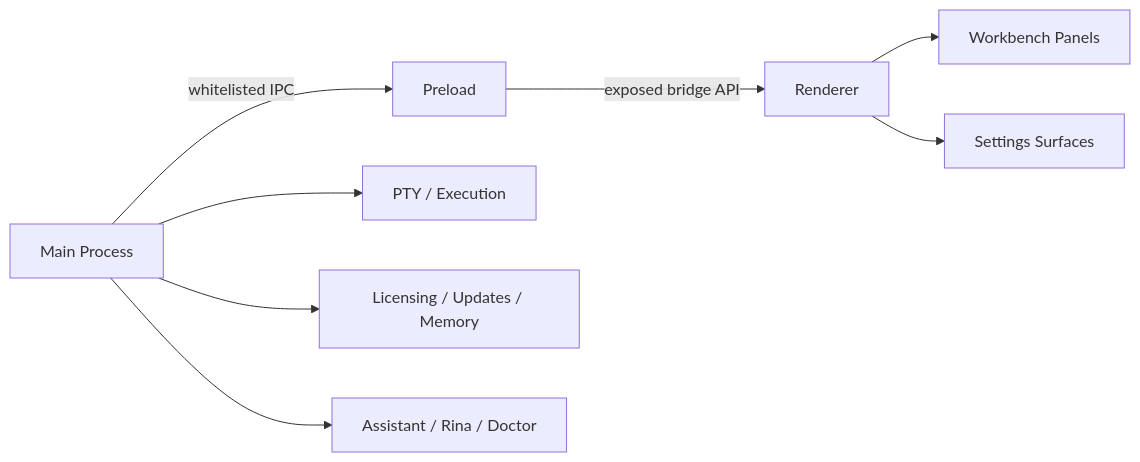
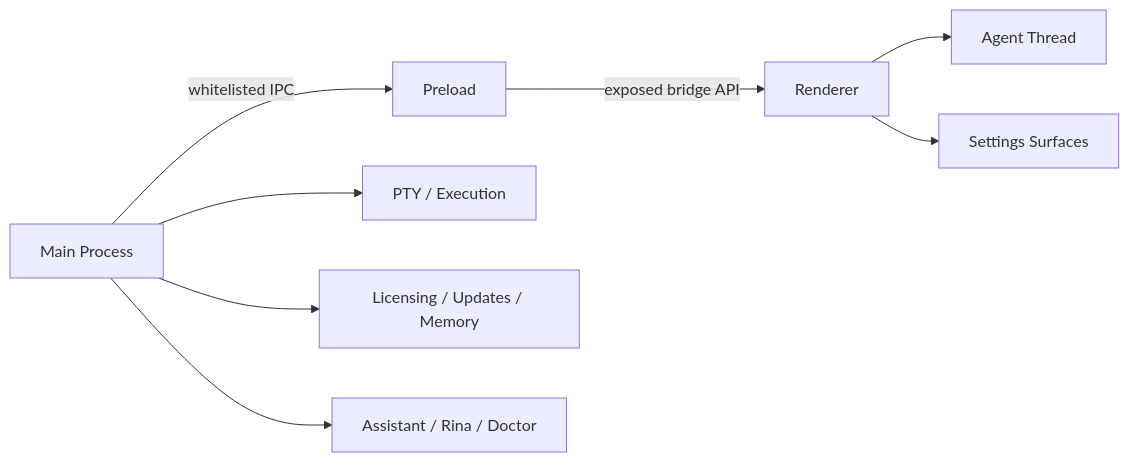
Before and after one commit to Bigsgotchu/rinawarp-terminal-pro: the first of 2 diagrams in apps/terminal-pro/README_ARCHITECTURE.md, drawn with Mermaid. The commit also changed other lines of this file and 19 other files, not shown here.

````diff
--- a/apps/terminal-pro/README_ARCHITECTURE.md
+++ b/apps/terminal-pro/README_ARCHITECTURE.md
@@ -75,10 +85,10 @@
 ```mermaid
 flowchart LR
   A["Main Process"] -->|"whitelisted IPC"| B["Preload"]
   B -->|"exposed bridge API"| C["Renderer"]
   A --> D["PTY / Execution"]
   A --> E["Licensing / Updates / Memory"]
   A --> F["Assistant / Rina / Doctor"]
-  C --> G["Workbench Panels"]
+  C --> G["Agent Thread"]
   C --> H["Settings Surfaces"]
 ```
````
